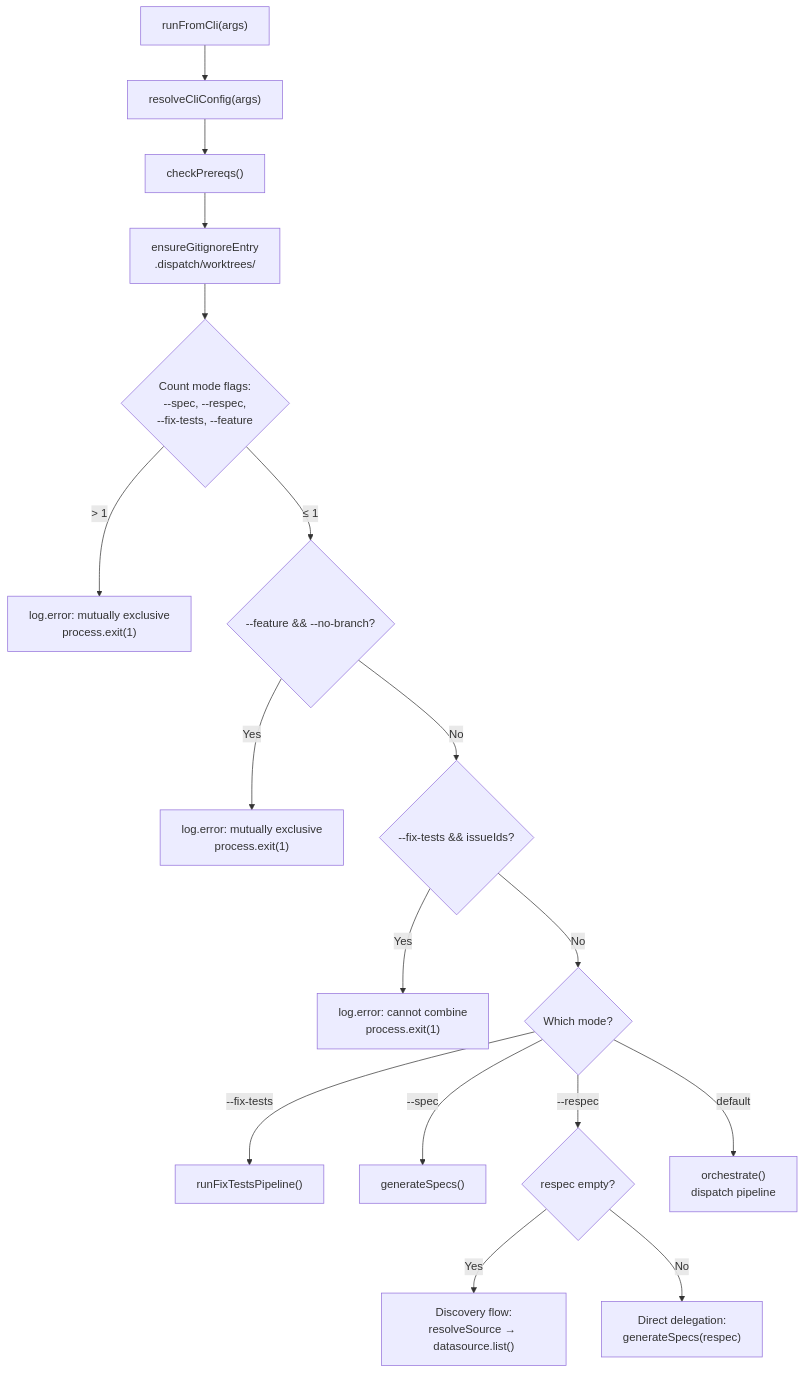
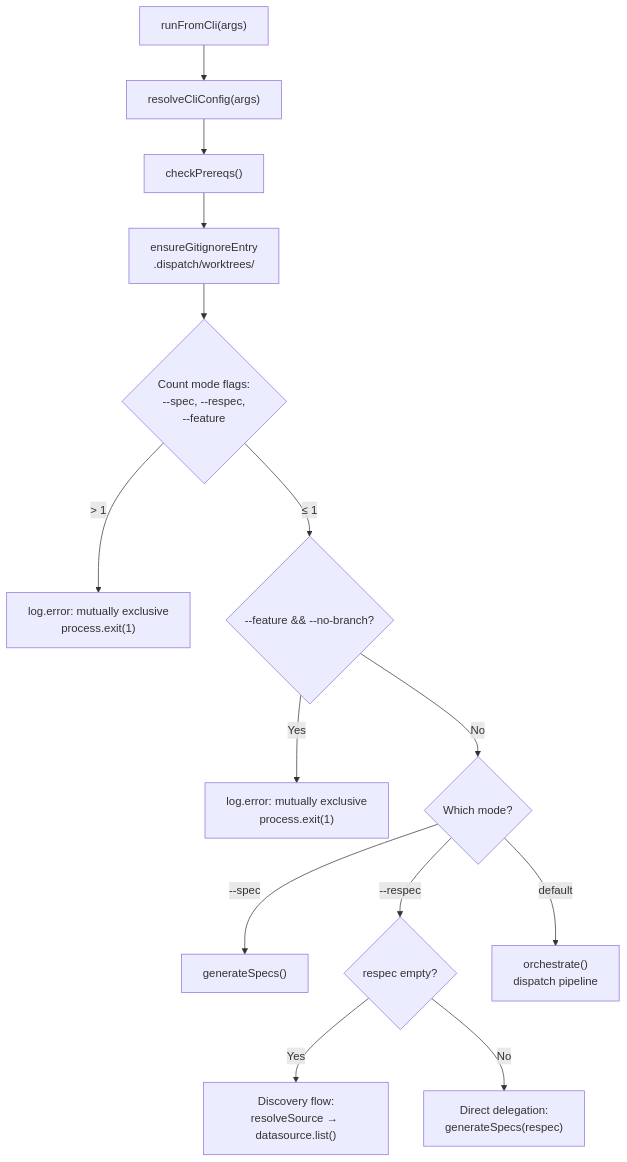
One commit to PatrickRuddiman/Dispatch changed the first of 2 diagrams in docs/cli-orchestration/orchestrator.md. Above: the diagram before and after it, drawn with Mermaid. The commit also changed other lines of this file and 252 other files, not shown here.

````diff
--- a/docs/cli-orchestration/orchestrator.md
+++ b/docs/cli-orchestration/orchestrator.md
@@ -109,22 +106,19 @@
 ```mermaid
 flowchart TD
     A["runFromCli(args)"] --> B["resolveCliConfig(args)"]
     B --> C["checkPrereqs()"]
     C --> D["ensureGitignoreEntry<br/>.dispatch/worktrees/"]
-    D --> E{"Count mode flags:<br/>--spec, --respec,<br/>--fix-tests, --feature"}
+    D --> E{"Count mode flags:<br/>--spec, --respec,<br/>--feature"}
 
     E -->|"> 1"| F["log.error: mutually exclusive<br/>process.exit(1)"]
     E -->|"≤ 1"| G{"--feature && --no-branch?"}
     G -->|Yes| H["log.error: mutually exclusive<br/>process.exit(1)"]
-    G -->|No| I{"--fix-tests && issueIds?"}
-    I -->|Yes| J["log.error: cannot combine<br/>process.exit(1)"]
-    I -->|No| K{"Which mode?"}
+    G -->|No| K{"Which mode?"}
 
-    K -->|"--fix-tests"| L["runFixTestsPipeline()"]
     K -->|"--spec"| M["generateSpecs()"]
     K -->|"--respec"| N{"respec empty?"}
     K -->|"default"| O["orchestrate()<br/>dispatch pipeline"]
 
     N -->|Yes| P["Discovery flow:<br/>resolveSource → datasource.list()"]
     N -->|No| Q["Direct delegation:<br/>generateSpecs(respec)"]
 ```
````
